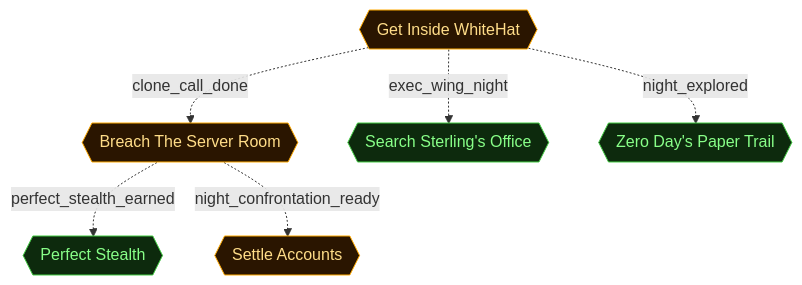
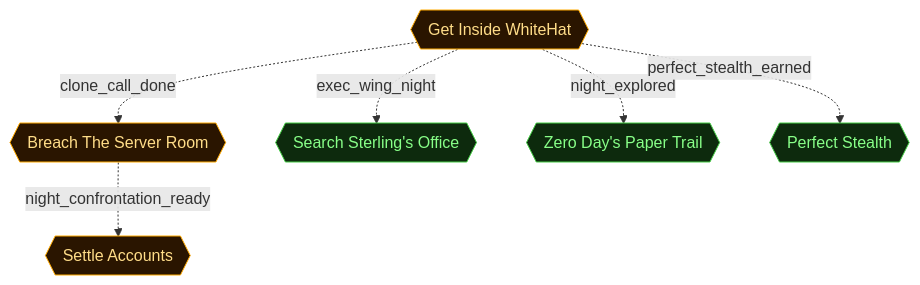
One commit to cliffe/BreakEscape changed the second of 5 diagrams in scenarios/m03_ghost_in_the_machine/dungeon_graph.md. Above: the diagram before and after it, drawn with Mermaid. The commit also changed other lines of this file and 15 other files, not shown here.

````diff
--- a/scenarios/m03_ghost_in_the_machine/dungeon_graph.md
+++ b/scenarios/m03_ghost_in_the_machine/dungeon_graph.md
@@ -177,34 +177,34 @@
 ```mermaid
 flowchart TD
 
   classDef room      fill:#0f2d2d,stroke:#22ddcc,color:#a0ffee
   classDef lock      fill:#2d0f0f,stroke:#e66060,color:#ffa0a0
   classDef key       fill:#2d0812,stroke:#e66060,color:#ffa0a0
   classDef item      fill:#2d1200,stroke:#e89030,color:#ffcc80
   classDef gate      fill:#111,stroke:#666,color:#eee
   classDef vm        fill:#0c1f40,stroke:#4a90d9,color:#a0c8ff
   classDef flag      fill:#1a0c2d,stroke:#9060d0,color:#cc99ff
   classDef action    fill:#1a1200,stroke:#cc9922,color:#ffee88
   classDef aim       fill:#0d2a0d,stroke:#44cc44,color:#88ff88
   classDef aim_gate  fill:#111111,stroke:#44cc44,color:#44cc44
   classDef container fill:#1a2d1a,stroke:#60b060,color:#a0e0a0
   classDef npc       fill:#2d1f0d,stroke:#d0a050,color:#ffe0a0
   classDef critical  fill:#2a1500,stroke:#ffaa00,color:#ffdd88
   classDef start     fill:#003322,stroke:#00ffaa,color:#00ffaa
 
   aim_act1_gain_access{{"Get Inside WhiteHat"}}
   aim_act2_breach_server_room{{"Breach The Server Room"}}
   aim_search_executive_office{{"Search Sterling's Office"}}
   aim_collect_lore{{"Zero Day's Paper Trail"}}
   aim_perfect_stealth{{"Perfect Stealth"}}
   aim_moral_choices{{"Settle Accounts"}}
 
   aim_act1_gain_access -.->|clone_call_done| aim_act2_breach_server_room
   aim_act1_gain_access -.->|exec_wing_night| aim_search_executive_office
   aim_act1_gain_access -.->|night_explored| aim_collect_lore
-  aim_act2_breach_server_room -.->|perfect_stealth_earned| aim_perfect_stealth
+  aim_act1_gain_access -.->|perfect_stealth_earned| aim_perfect_stealth
   aim_act2_breach_server_room -.->|night_confrontation_ready| aim_moral_choices
 
   class aim_act1_gain_access,aim_act2_breach_server_room,aim_moral_choices critical
   class aim_search_executive_office,aim_collect_lore,aim_perfect_stealth aim
 ```
````
